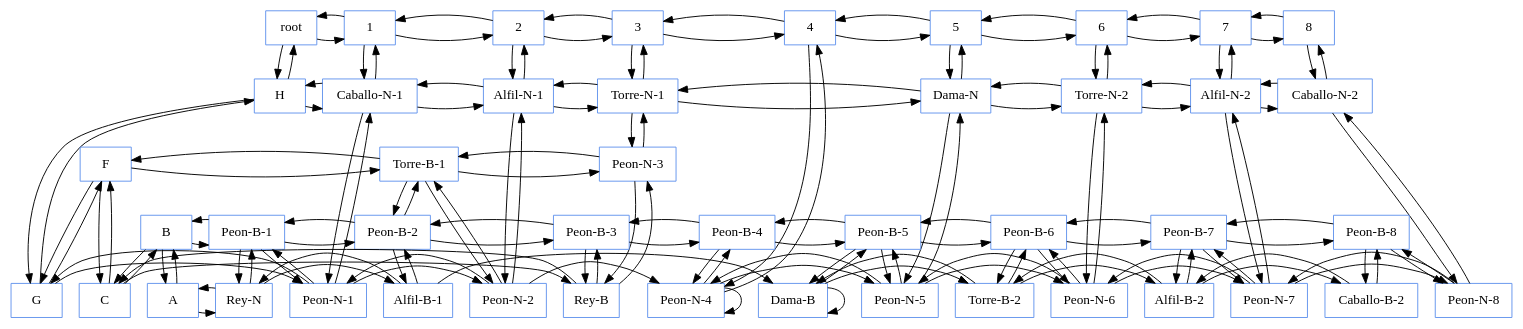
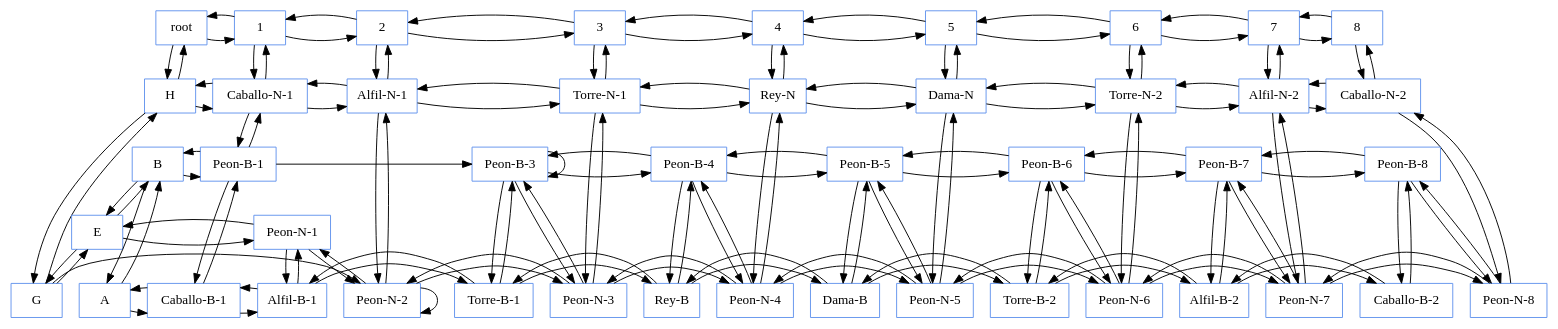
One commit to ricardcutzh/EDD_Junio changed the diagram in Proyectos/Proyecto1/build-Ajedrez3D-Desktop_Qt_5_9_0_MinGW_32bit-Debug/Matriz.dot. Above: the diagram before and after it, drawn with Graphviz. The commit also changed 1251 other files, not shown here.

```diff
--- a/Proyectos/Proyecto1/build-Ajedrez3D-Desktop_Qt_5_9_0_MinGW_32bit-Debug/Matriz.dot
+++ b/Proyectos/Proyecto1/build-Ajedrez3D-Desktop_Qt_5_9_0_MinGW_32bit-Debug/Matriz.dot
@@ -1,171 +1,166 @@
 digraph g {
 node [shape=box, color=cornflowerblue ];
 {rank=same;"root";"1";"2";"3";"4";"5";"6";"7";"8";};
 "root";
 {rank=same;"root";"root";"1";"2";"3";"4";"5";"6";"7";"8";};
 "root"->"1";
 "root"->"H";
 "1"->"2";
 "1"->"root";
 "1"->"Caballo-N-1";
 "2"->"3";
 "2"->"1";
 "2"->"Alfil-N-1";
 "3"->"4";
 "3"->"2";
 "3"->"Torre-N-1";
 "4"->"5";
 "4"->"3";
-"4"->"Peon-N-4";
+"4"->"Rey-N";
 "5"->"6";
 "5"->"4";
 "5"->"Dama-N";
 "6"->"7";
 "6"->"5";
 "6"->"Torre-N-2";
 "7"->"8";
 "7"->"6";
 "7"->"Alfil-N-2";
 "8"->"7";
 "8"->"Caballo-N-2";
 "H";
-{rank=same;"H";"H";"Caballo-N-1";"Alfil-N-1";"Torre-N-1";"Dama-N";"Torre-N-2";"Alfil-N-2";"Caballo-N-2";};
+{rank=same;"H";"H";"Caballo-N-1";"Alfil-N-1";"Torre-N-1";"Rey-N";"Dama-N";"Torre-N-2";"Alfil-N-2";"Caballo-N-2";};
 "H"->"Caballo-N-1";
 "H"->"G";
 "H"->"root";
 "Caballo-N-1"->"Alfil-N-1";
 "Caballo-N-1"->"H";
-"Caballo-N-1"->"Peon-N-1";
+"Caballo-N-1"->"Peon-B-1";
 "Caballo-N-1"->"1";
 "Alfil-N-1"->"Torre-N-1";
 "Alfil-N-1"->"Caballo-N-1";
 "Alfil-N-1"->"Peon-N-2";
 "Alfil-N-1"->"2";
-"Torre-N-1"->"Dama-N";
+"Torre-N-1"->"Rey-N";
 "Torre-N-1"->"Alfil-N-1";
 "Torre-N-1"->"Peon-N-3";
 "Torre-N-1"->"3";
+"Rey-N"->"Dama-N";
+"Rey-N"->"Torre-N-1";
+"Rey-N"->"Peon-N-4";
+"Rey-N"->"4";
 "Dama-N"->"Torre-N-2";
-"Dama-N"->"Torre-N-1";
+"Dama-N"->"Rey-N";
 "Dama-N"->"Peon-N-5";
 "Dama-N"->"5";
 "Torre-N-2"->"Alfil-N-2";
 "Torre-N-2"->"Dama-N";
 "Torre-N-2"->"Peon-N-6";
 "Torre-N-2"->"6";
 "Alfil-N-2"->"Caballo-N-2";
 "Alfil-N-2"->"Torre-N-2";
 "Alfil-N-2"->"Peon-N-7";
 "Alfil-N-2"->"7";
 "Caballo-N-2"->"Alfil-N-2";
 "Caballo-N-2"->"Peon-N-8";
 "Caballo-N-2"->"8";
 "G";
-{rank=same;"G";"G";"Peon-N-1";"Peon-N-2";"Peon-N-4";"Peon-N-5";"Peon-N-6";"Peon-N-7";"Peon-N-8";};
-"G"->"Peon-N-1";
-"G"->"F";
+{rank=same;"G";"G";"Peon-N-2";"Peon-N-3";"Peon-N-4";"Peon-N-5";"Peon-N-6";"Peon-N-7";"Peon-N-8";};
+"G"->"Peon-N-2";
+"G"->"E";
 "G"->"H";
-"Peon-N-1"->"Peon-N-2";
-"Peon-N-1"->"G";
-"Peon-N-1"->"Peon-B-1";
-"Peon-N-1"->"Caballo-N-1";
-"Peon-N-2"->"Peon-N-4";
+"Peon-N-2"->"Peon-N-3";
+"Peon-N-2"->"Peon-N-2";
 "Peon-N-2"->"Peon-N-1";
-"Peon-N-2"->"Torre-B-1";
 "Peon-N-2"->"Alfil-N-1";
+"Peon-N-3"->"Peon-N-4";
+"Peon-N-3"->"Peon-N-2";
+"Peon-N-3"->"Peon-B-3";
+"Peon-N-3"->"Torre-N-1";
 "Peon-N-4"->"Peon-N-5";
-"Peon-N-4"->"Peon-N-4";
+"Peon-N-4"->"Peon-N-3";
 "Peon-N-4"->"Peon-B-4";
-"Peon-N-4"->"4";
+"Peon-N-4"->"Rey-N";
 "Peon-N-5"->"Peon-N-6";
 "Peon-N-5"->"Peon-N-4";
 "Peon-N-5"->"Peon-B-5";
 "Peon-N-5"->"Dama-N";
 "Peon-N-6"->"Peon-N-7";
 "Peon-N-6"->"Peon-N-5";
 "Peon-N-6"->"Peon-B-6";
 "Peon-N-6"->"Torre-N-2";
 "Peon-N-7"->"Peon-N-8";
 "Peon-N-7"->"Peon-N-6";
 "Peon-N-7"->"Peon-B-7";
 "Peon-N-7"->"Alfil-N-2";
 "Peon-N-8"->"Peon-N-7";
 "Peon-N-8"->"Peon-B-8";
 "Peon-N-8"->"Caballo-N-2";
-"F";
-{rank=same;"F";"F";"Torre-B-1";"Peon-N-3";};
-"F"->"Torre-B-1";
-"F"->"C";
-"F"->"G";
-"Torre-B-1"->"Peon-N-3";
-"Torre-B-1"->"F";
-"Torre-B-1"->"Peon-B-2";
-"Torre-B-1"->"Peon-N-2";
-"Peon-N-3"->"Torre-B-1";
-"Peon-N-3"->"Rey-B";
-"Peon-N-3"->"Torre-N-1";
-"C";
-{rank=same;"C";"C";"Rey-B";};
-"C"->"Rey-B";
-"C"->"B";
-"C"->"F";
-"Rey-B"->"C";
-"Rey-B"->"Peon-B-3";
-"Rey-B"->"Peon-N-3";
+"E";
+{rank=same;"E";"E";"Peon-N-1";};
+"E"->"Peon-N-1";
+"E"->"B";
+"E"->"G";
+"Peon-N-1"->"E";
+"Peon-N-1"->"Alfil-B-1";
+"Peon-N-1"->"Peon-N-2";
 "B";
-{rank=same;"B";"B";"Peon-B-1";"Peon-B-2";"Peon-B-3";"Peon-B-4";"Peon-B-5";"Peon-B-6";"Peon-B-7";"Peon-B-8";};
+{rank=same;"B";"B";"Peon-B-1";"Peon-B-3";"Peon-B-4";"Peon-B-5";"Peon-B-6";"Peon-B-7";"Peon-B-8";};
 "B"->"Peon-B-1";
 "B"->"A";
-"B"->"C";
-"Peon-B-1"->"Peon-B-2";
+"B"->"E";
+"Peon-B-1"->"Peon-B-3";
 "Peon-B-1"->"B";
-"Peon-B-1"->"Rey-N";
-"Peon-B-1"->"Peon-N-1";
-"Peon-B-2"->"Peon-B-3";
-"Peon-B-2"->"Peon-B-1";
-"Peon-B-2"->"Alfil-B-1";
-"Peon-B-2"->"Torre-B-1";
+"Peon-B-1"->"Caballo-B-1";
+"Peon-B-1"->"Caballo-N-1";
 "Peon-B-3"->"Peon-B-4";
-"Peon-B-3"->"Peon-B-2";
-"Peon-B-3";
-"Peon-B-3"->"Rey-B";
+"Peon-B-3"->"Peon-B-3";
+"Peon-B-3"->"Torre-B-1";
+"Peon-B-3"->"Peon-N-3";
 "Peon-B-4"->"Peon-B-5";
 "Peon-B-4"->"Peon-B-3";
+"Peon-B-4"->"Rey-B";
 "Peon-B-4"->"Peon-N-4";
 "Peon-B-5"->"Peon-B-6";
 "Peon-B-5"->"Peon-B-4";
 "Peon-B-5"->"Dama-B";
 "Peon-B-5"->"Peon-N-5";
 "Peon-B-6"->"Peon-B-7";
 "Peon-B-6"->"Peon-B-5";
 "Peon-B-6"->"Torre-B-2";
 "Peon-B-6"->"Peon-N-6";
 "Peon-B-7"->"Peon-B-8";
 "Peon-B-7"->"Peon-B-6";
 "Peon-B-7"->"Alfil-B-2";
 "Peon-B-7"->"Peon-N-7";
 "Peon-B-8"->"Peon-B-7";
 "Peon-B-8"->"Caballo-B-2";
 "Peon-B-8"->"Peon-N-8";
 "A";
-{rank=same;"A";"A";"Rey-N";"Alfil-B-1";"Dama-B";"Torre-B-2";"Alfil-B-2";"Caballo-B-2";};
-"A"->"Rey-N";
+{rank=same;"A";"A";"Caballo-B-1";"Alfil-B-1";"Torre-B-1";"Rey-B";"Dama-B";"Torre-B-2";"Alfil-B-2";"Caballo-B-2";};
+"A"->"Caballo-B-1";
 "A"->"B";
-"Rey-N"->"Alfil-B-1";
-"Rey-N"->"A";
-"Rey-N"->"Peon-B-1";
-"Alfil-B-1"->"Dama-B";
-"Alfil-B-1"->"Rey-N";
-"Alfil-B-1"->"Peon-B-2";
+"Caballo-B-1"->"Alfil-B-1";
+"Caballo-B-1"->"A";
+"Caballo-B-1"->"Peon-B-1";
+"Alfil-B-1"->"Torre-B-1";
+"Alfil-B-1"->"Caballo-B-1";
+"Alfil-B-1"->"Peon-N-1";
+"Torre-B-1"->"Rey-B";
+"Torre-B-1"->"Alfil-B-1";
+"Torre-B-1"->"Peon-B-3";
+"Rey-B"->"Dama-B";
+"Rey-B"->"Torre-B-1";
+"Rey-B"->"Peon-B-4";
 "Dama-B"->"Torre-B-2";
-"Dama-B"->"Dama-B";
+"Dama-B"->"Rey-B";
 "Dama-B"->"Peon-B-5";
 "Torre-B-2"->"Alfil-B-2";
 "Torre-B-2"->"Dama-B";
 "Torre-B-2"->"Peon-B-6";
 "Alfil-B-2"->"Caballo-B-2";
 "Alfil-B-2"->"Torre-B-2";
 "Alfil-B-2"->"Peon-B-7";
 "Caballo-B-2"->"Alfil-B-2";
 "Caballo-B-2"->"Peon-B-8";
 }
```
